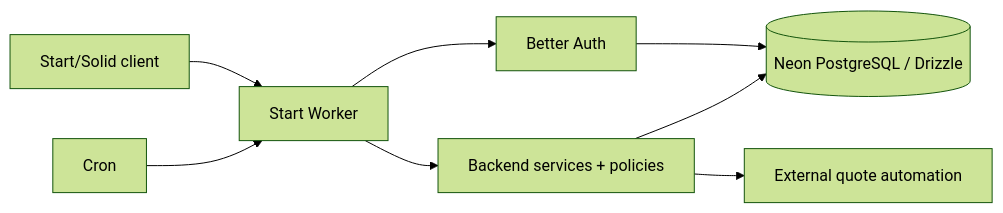
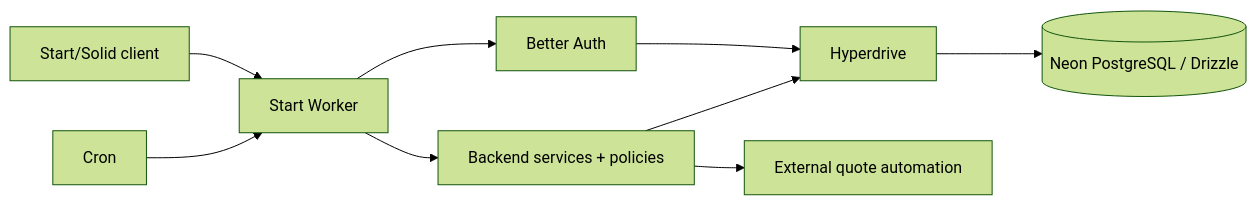
The diagram in docs/ARCHITECTURE.md (voltcrash/caret), drawn with Mermaid (forest theme) before and after one commit.

Commit message:
docs(architecture): show Hyperdrive between the Worker and PostgreSQL

````diff
--- a/docs/ARCHITECTURE.md
+++ b/docs/ARCHITECTURE.md
@@ -131,10 +131,11 @@
 ```mermaid
 flowchart LR
   Browser[Start/Solid client] --> Worker[Start Worker]
   Worker --> Services[Backend services + policies]
   Worker --> Auth[Better Auth]
-  Auth --> Postgres[(Neon PostgreSQL / Drizzle)]
-  Services --> Postgres
+  Auth --> Hyperdrive[Hyperdrive]
+  Services --> Hyperdrive
+  Hyperdrive --> Postgres[(Neon PostgreSQL / Drizzle)]
   Cron[Cron] --> Worker
   Services --> Bridge[External quote automation]
 ```
````
